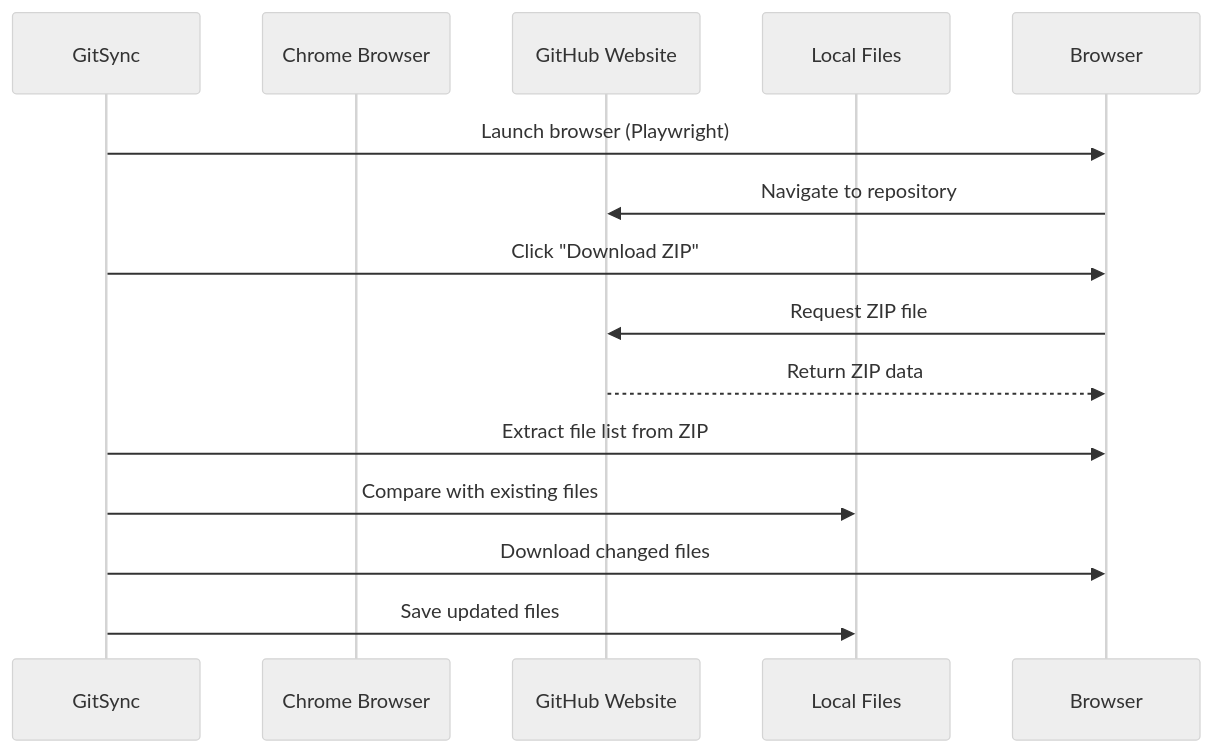
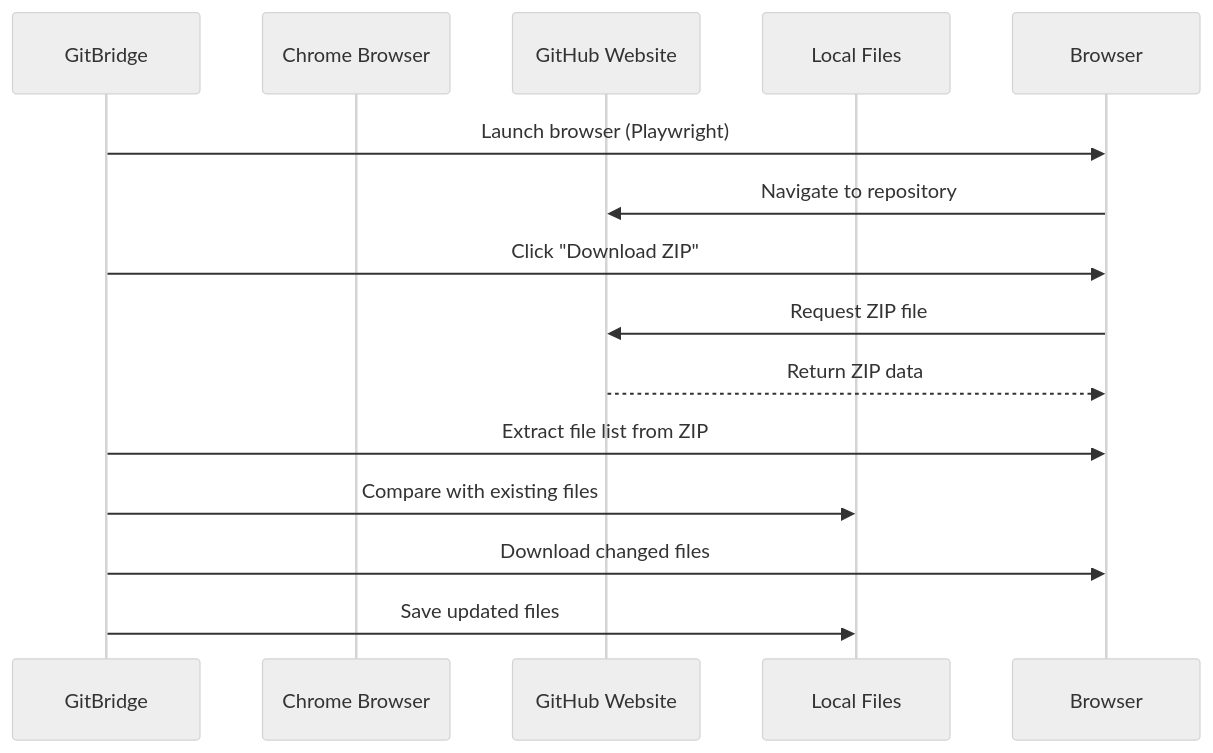
One commit to nevedomski/gitBridge changed the second of 2 diagrams in docs/user-guide/sync-methods.md. Above: the diagram before and after it, drawn with Mermaid (neutral theme). The commit also changed other lines of this file and 68 other files, not shown here.

````diff
--- a/docs/user-guide/sync-methods.md
+++ b/docs/user-guide/sync-methods.md
@@ -109,17 +109,17 @@
 ```mermaid
 sequenceDiagram
-    participant GitSync
+    participant GitBridge
     participant Chrome Browser
     participant GitHub Website
     participant Local Files
     
-    GitSync->>Browser: Launch browser (Playwright)
+    GitBridge->>Browser: Launch browser (Playwright)
     Browser->>GitHub Website: Navigate to repository
-    GitSync->>Browser: Click "Download ZIP"
+    GitBridge->>Browser: Click "Download ZIP"
     Browser->>GitHub Website: Request ZIP file
     GitHub Website-->>Browser: Return ZIP data
-    GitSync->>Browser: Extract file list from ZIP
-    GitSync->>Local Files: Compare with existing files
-    GitSync->>Browser: Download changed files
-    GitSync->>Local Files: Save updated files
+    GitBridge->>Browser: Extract file list from ZIP
+    GitBridge->>Local Files: Compare with existing files
+    GitBridge->>Browser: Download changed files
+    GitBridge->>Local Files: Save updated files
 ```
````
